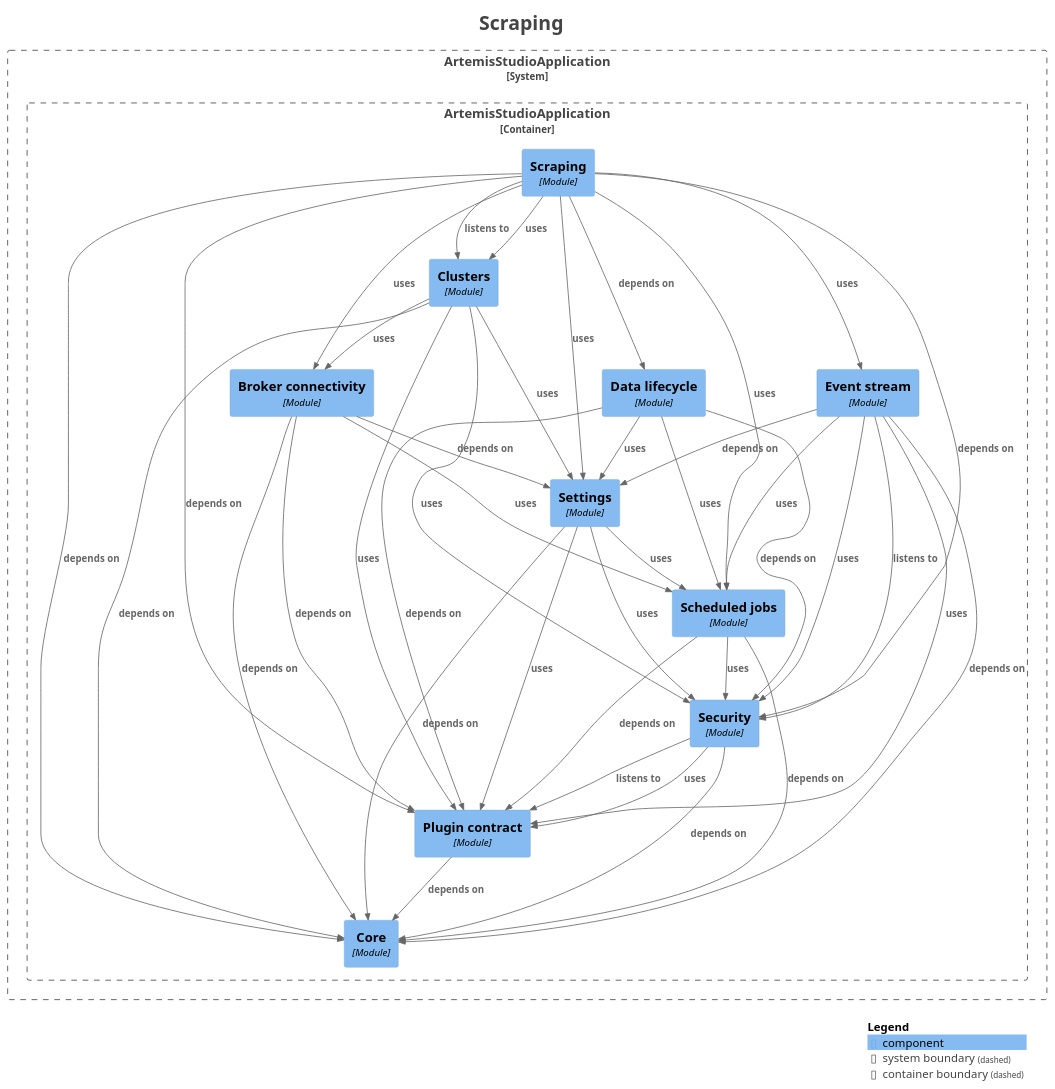
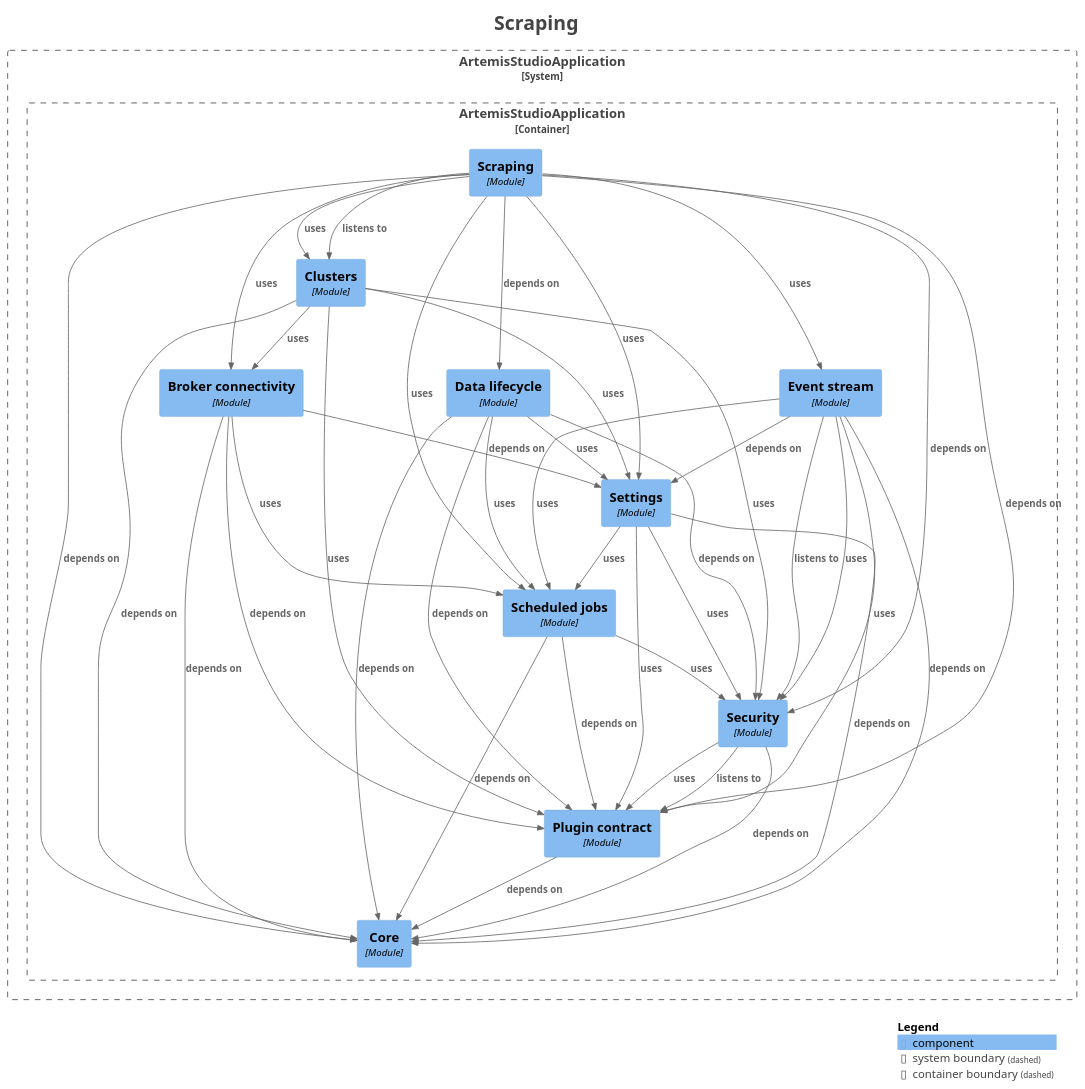
The diagram in docs/modules/module-platform.scrape.puml (sudoitir/artemis-studio), drawn with PlantUML before and after one commit. The commit also changed 33 other files, not shown here.

First line of the commit message:
feat(db): run on an external PostgreSQL 18 in any schema, with a boot check and an optional read replica

```diff
--- a/docs/modules/module-platform.scrape.puml
+++ b/docs/modules/module-platform.scrape.puml
@@ -1,77 +1,78 @@
 @startuml
 title <size:24>Scraping</size>
 
 set separator none
 top to bottom direction
 
 <style>
   root {
     BackgroundColor: #ffffff
     FontColor: #444444
   }
 </style>
 
 !include <C4/C4>
 !include <C4/C4_Context>
 !include <C4/C4_Component>
 
 System_Boundary("ArtemisStudioApplication_boundary", "ArtemisStudioApplication", $tags="") {
   Container_Boundary("ArtemisStudioApplication.ArtemisStudioApplication_boundary", "ArtemisStudioApplication", $tags="") {
     Component(ArtemisStudioApplication.ArtemisStudioApplication.Brokerconnectivity, "Broker connectivity", $techn="Module", $descr="", $tags="", $link="")
     Component(ArtemisStudioApplication.ArtemisStudioApplication.Clusters, "Clusters", $techn="Module", $descr="", $tags="", $link="")
     Component(ArtemisStudioApplication.ArtemisStudioApplication.Core, "Core", $techn="Module", $descr="", $tags="", $link="")
     Component(ArtemisStudioApplication.ArtemisStudioApplication.Datalifecycle, "Data lifecycle", $techn="Module", $descr="", $tags="", $link="")
     Component(ArtemisStudioApplication.ArtemisStudioApplication.Eventstream, "Event stream", $techn="Module", $descr="", $tags="", $link="")
     Component(ArtemisStudioApplication.ArtemisStudioApplication.Plugincontract, "Plugin contract", $techn="Module", $descr="", $tags="", $link="")
     Component(ArtemisStudioApplication.ArtemisStudioApplication.Scheduledjobs, "Scheduled jobs", $techn="Module", $descr="", $tags="", $link="")
     Component(ArtemisStudioApplication.ArtemisStudioApplication.Scraping, "Scraping", $techn="Module", $descr="", $tags="", $link="")
     Component(ArtemisStudioApplication.ArtemisStudioApplication.Security, "Security", $techn="Module", $descr="", $tags="", $link="")
     Component(ArtemisStudioApplication.ArtemisStudioApplication.Settings, "Settings", $techn="Module", $descr="", $tags="", $link="")
   }
 
 }
 
 Rel(ArtemisStudioApplication.ArtemisStudioApplication.Brokerconnectivity, ArtemisStudioApplication.ArtemisStudioApplication.Core, "depends on", $techn="", $tags="", $link="")
 Rel(ArtemisStudioApplication.ArtemisStudioApplication.Brokerconnectivity, ArtemisStudioApplication.ArtemisStudioApplication.Plugincontract, "depends on", $techn="", $tags="", $link="")
 Rel(ArtemisStudioApplication.ArtemisStudioApplication.Brokerconnectivity, ArtemisStudioApplication.ArtemisStudioApplication.Scheduledjobs, "uses", $techn="", $tags="", $link="")
 Rel(ArtemisStudioApplication.ArtemisStudioApplication.Brokerconnectivity, ArtemisStudioApplication.ArtemisStudioApplication.Settings, "depends on", $techn="", $tags="", $link="")
 Rel(ArtemisStudioApplication.ArtemisStudioApplication.Clusters, ArtemisStudioApplication.ArtemisStudioApplication.Brokerconnectivity, "uses", $techn="", $tags="", $link="")
 Rel(ArtemisStudioApplication.ArtemisStudioApplication.Clusters, ArtemisStudioApplication.ArtemisStudioApplication.Core, "depends on", $techn="", $tags="", $link="")
 Rel(ArtemisStudioApplication.ArtemisStudioApplication.Clusters, ArtemisStudioApplication.ArtemisStudioApplication.Plugincontract, "uses", $techn="", $tags="", $link="")
 Rel(ArtemisStudioApplication.ArtemisStudioApplication.Clusters, ArtemisStudioApplication.ArtemisStudioApplication.Security, "uses", $techn="", $tags="", $link="")
 Rel(ArtemisStudioApplication.ArtemisStudioApplication.Clusters, ArtemisStudioApplication.ArtemisStudioApplication.Settings, "uses", $techn="", $tags="", $link="")
+Rel(ArtemisStudioApplication.ArtemisStudioApplication.Datalifecycle, ArtemisStudioApplication.ArtemisStudioApplication.Core, "depends on", $techn="", $tags="", $link="")
 Rel(ArtemisStudioApplication.ArtemisStudioApplication.Datalifecycle, ArtemisStudioApplication.ArtemisStudioApplication.Plugincontract, "depends on", $techn="", $tags="", $link="")
 Rel(ArtemisStudioApplication.ArtemisStudioApplication.Datalifecycle, ArtemisStudioApplication.ArtemisStudioApplication.Scheduledjobs, "uses", $techn="", $tags="", $link="")
 Rel(ArtemisStudioApplication.ArtemisStudioApplication.Datalifecycle, ArtemisStudioApplication.ArtemisStudioApplication.Security, "depends on", $techn="", $tags="", $link="")
 Rel(ArtemisStudioApplication.ArtemisStudioApplication.Datalifecycle, ArtemisStudioApplication.ArtemisStudioApplication.Settings, "uses", $techn="", $tags="", $link="")
 Rel(ArtemisStudioApplication.ArtemisStudioApplication.Eventstream, ArtemisStudioApplication.ArtemisStudioApplication.Core, "depends on", $techn="", $tags="", $link="")
 Rel(ArtemisStudioApplication.ArtemisStudioApplication.Eventstream, ArtemisStudioApplication.ArtemisStudioApplication.Plugincontract, "uses", $techn="", $tags="", $link="")
 Rel(ArtemisStudioApplication.ArtemisStudioApplication.Eventstream, ArtemisStudioApplication.ArtemisStudioApplication.Scheduledjobs, "uses", $techn="", $tags="", $link="")
 Rel(ArtemisStudioApplication.ArtemisStudioApplication.Eventstream, ArtemisStudioApplication.ArtemisStudioApplication.Security, "listens to", $techn="", $tags="", $link="")
 Rel(ArtemisStudioApplication.ArtemisStudioApplication.Eventstream, ArtemisStudioApplication.ArtemisStudioApplication.Security, "uses", $techn="", $tags="", $link="")
 Rel(ArtemisStudioApplication.ArtemisStudioApplication.Eventstream, ArtemisStudioApplication.ArtemisStudioApplication.Settings, "depends on", $techn="", $tags="", $link="")
 Rel(ArtemisStudioApplication.ArtemisStudioApplication.Plugincontract, ArtemisStudioApplication.ArtemisStudioApplication.Core, "depends on", $techn="", $tags="", $link="")
 Rel(ArtemisStudioApplication.ArtemisStudioApplication.Scheduledjobs, ArtemisStudioApplication.ArtemisStudioApplication.Core, "depends on", $techn="", $tags="", $link="")
 Rel(ArtemisStudioApplication.ArtemisStudioApplication.Scheduledjobs, ArtemisStudioApplication.ArtemisStudioApplication.Plugincontract, "depends on", $techn="", $tags="", $link="")
 Rel(ArtemisStudioApplication.ArtemisStudioApplication.Scheduledjobs, ArtemisStudioApplication.ArtemisStudioApplication.Security, "uses", $techn="", $tags="", $link="")
 Rel(ArtemisStudioApplication.ArtemisStudioApplication.Scraping, ArtemisStudioApplication.ArtemisStudioApplication.Brokerconnectivity, "uses", $techn="", $tags="", $link="")
 Rel(ArtemisStudioApplication.ArtemisStudioApplication.Scraping, ArtemisStudioApplication.ArtemisStudioApplication.Clusters, "listens to", $techn="", $tags="", $link="")
 Rel(ArtemisStudioApplication.ArtemisStudioApplication.Scraping, ArtemisStudioApplication.ArtemisStudioApplication.Clusters, "uses", $techn="", $tags="", $link="")
 Rel(ArtemisStudioApplication.ArtemisStudioApplication.Scraping, ArtemisStudioApplication.ArtemisStudioApplication.Core, "depends on", $techn="", $tags="", $link="")
 Rel(ArtemisStudioApplication.ArtemisStudioApplication.Scraping, ArtemisStudioApplication.ArtemisStudioApplication.Datalifecycle, "depends on", $techn="", $tags="", $link="")
 Rel(ArtemisStudioApplication.ArtemisStudioApplication.Scraping, ArtemisStudioApplication.ArtemisStudioApplication.Eventstream, "uses", $techn="", $tags="", $link="")
 Rel(ArtemisStudioApplication.ArtemisStudioApplication.Scraping, ArtemisStudioApplication.ArtemisStudioApplication.Plugincontract, "depends on", $techn="", $tags="", $link="")
 Rel(ArtemisStudioApplication.ArtemisStudioApplication.Scraping, ArtemisStudioApplication.ArtemisStudioApplication.Scheduledjobs, "uses", $techn="", $tags="", $link="")
 Rel(ArtemisStudioApplication.ArtemisStudioApplication.Scraping, ArtemisStudioApplication.ArtemisStudioApplication.Security, "depends on", $techn="", $tags="", $link="")
 Rel(ArtemisStudioApplication.ArtemisStudioApplication.Scraping, ArtemisStudioApplication.ArtemisStudioApplication.Settings, "uses", $techn="", $tags="", $link="")
 Rel(ArtemisStudioApplication.ArtemisStudioApplication.Security, ArtemisStudioApplication.ArtemisStudioApplication.Core, "depends on", $techn="", $tags="", $link="")
 Rel(ArtemisStudioApplication.ArtemisStudioApplication.Security, ArtemisStudioApplication.ArtemisStudioApplication.Plugincontract, "listens to", $techn="", $tags="", $link="")
 Rel(ArtemisStudioApplication.ArtemisStudioApplication.Security, ArtemisStudioApplication.ArtemisStudioApplication.Plugincontract, "uses", $techn="", $tags="", $link="")
 Rel(ArtemisStudioApplication.ArtemisStudioApplication.Settings, ArtemisStudioApplication.ArtemisStudioApplication.Core, "depends on", $techn="", $tags="", $link="")
 Rel(ArtemisStudioApplication.ArtemisStudioApplication.Settings, ArtemisStudioApplication.ArtemisStudioApplication.Plugincontract, "uses", $techn="", $tags="", $link="")
 Rel(ArtemisStudioApplication.ArtemisStudioApplication.Settings, ArtemisStudioApplication.ArtemisStudioApplication.Scheduledjobs, "uses", $techn="", $tags="", $link="")
 Rel(ArtemisStudioApplication.ArtemisStudioApplication.Settings, ArtemisStudioApplication.ArtemisStudioApplication.Security, "uses", $techn="", $tags="", $link="")
 
 SHOW_LEGEND(true)
 hide stereotypes
 @enduml
```
